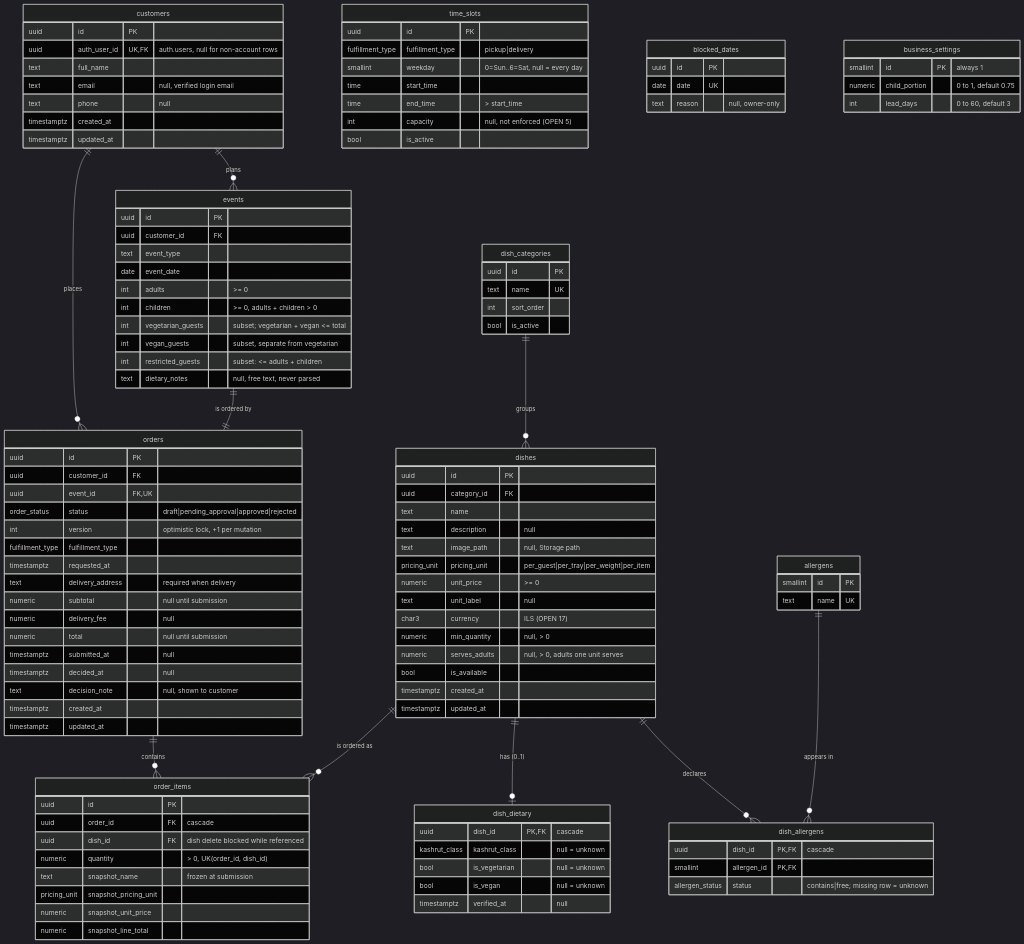
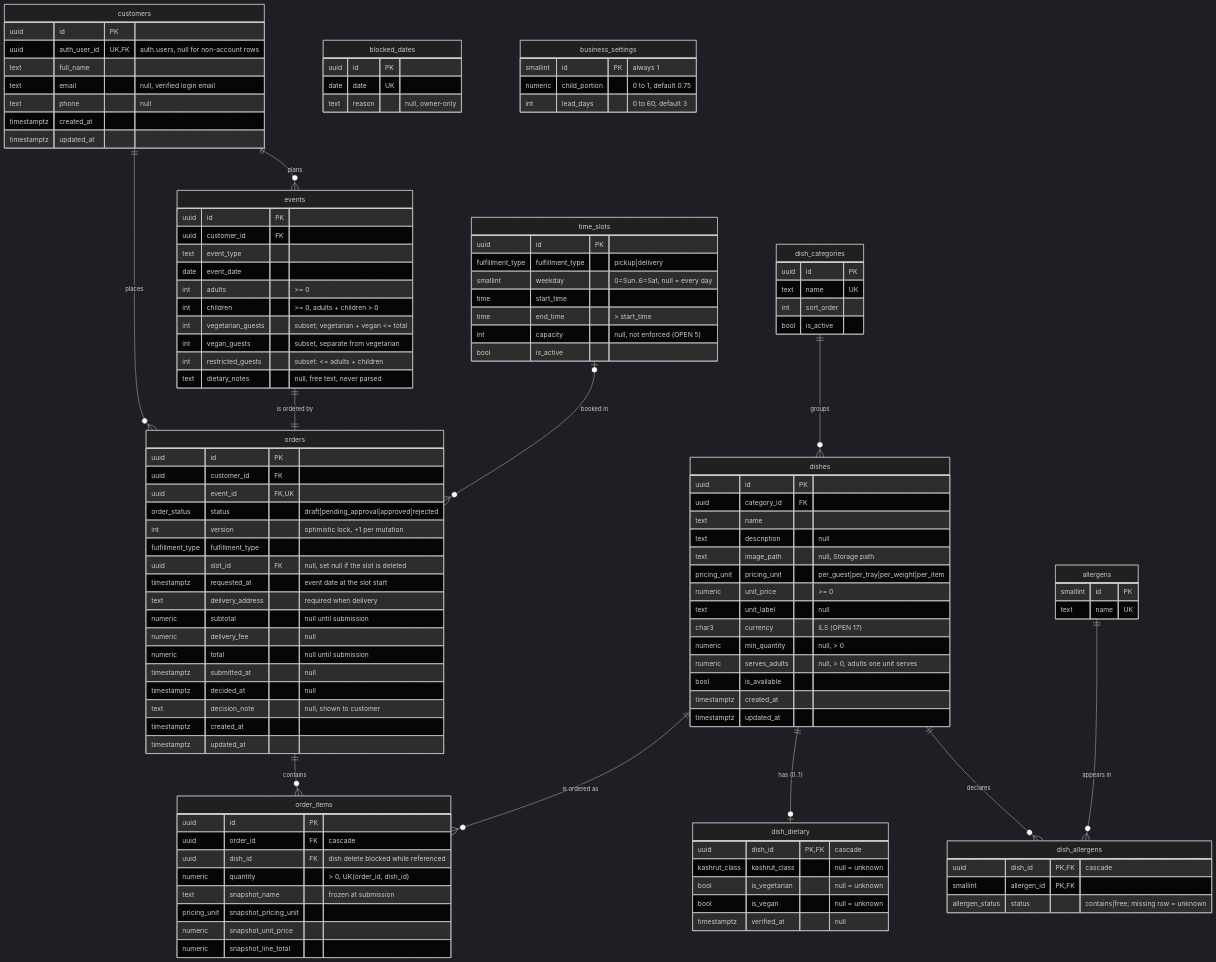
The first of 2 diagrams in docs/ERD.md (JonathanZouari/ai-catering-platform), drawn with Mermaid (dark theme) before and after one commit. The commit also changed other lines of this file and 26 other files, not shown here.

```diff
--- a/docs/ERD.md
+++ b/docs/ERD.md
@@ -16,6 +16,7 @@
     customers ||--o{ orders : "places"
     events ||--|| orders : "is ordered by"
     orders ||--o{ order_items : "contains"
+    time_slots |o--o{ orders : "booked in"
     dishes ||--o{ order_items : "is ordered as"
 
     dish_categories {
@@ -98,7 +99,8 @@
         order_status status "draft|pending_approval|approved|rejected"
         int version "optimistic lock, +1 per mutation"
         fulfillment_type fulfillment_type
-        timestamptz requested_at
+        uuid slot_id FK "null, set null if the slot is deleted"
+        timestamptz requested_at "event date at the slot start"
         text delivery_address "required when delivery"
         numeric subtotal "null until submission"
         numeric delivery_fee "null"
```
